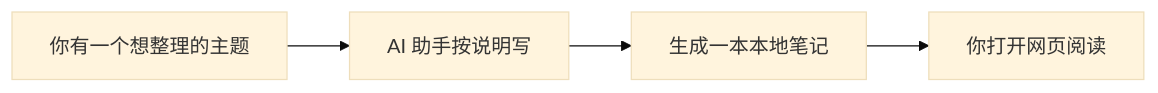
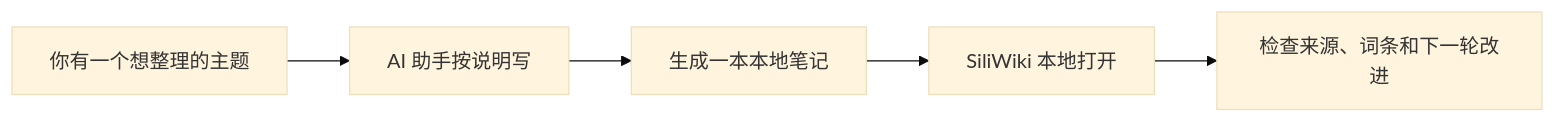
Before and after one commit to Yvnminc/SiliWiki: the first of 2 diagrams in docs/USAGE_ZH.md, drawn with Mermaid (base theme). The commit also changed other lines of this file and 29 other files, not shown here.

````diff
--- a/docs/USAGE_ZH.md
+++ b/docs/USAGE_ZH.md
@@ -11,6 +13,7 @@
 ```mermaid
 flowchart LR
     A["你有一个想整理的主题"] --> B["AI 助手按说明写"]
     B --> C["生成一本本地笔记"]
-    C --> D["你打开网页阅读"]
+    C --> D["SiliWiki 本地打开"]
+    D --> E["检查来源、词条和下一轮改进"]
 ```
````
